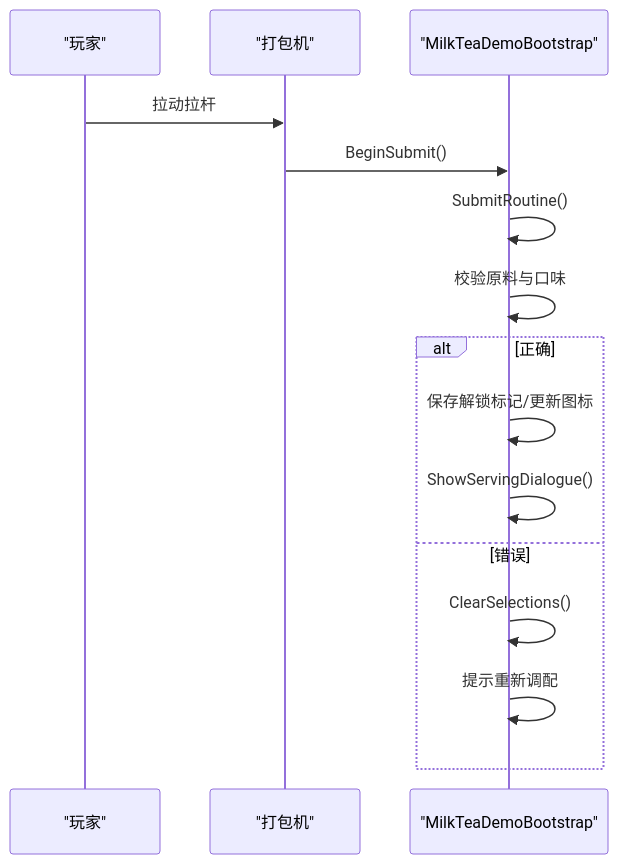
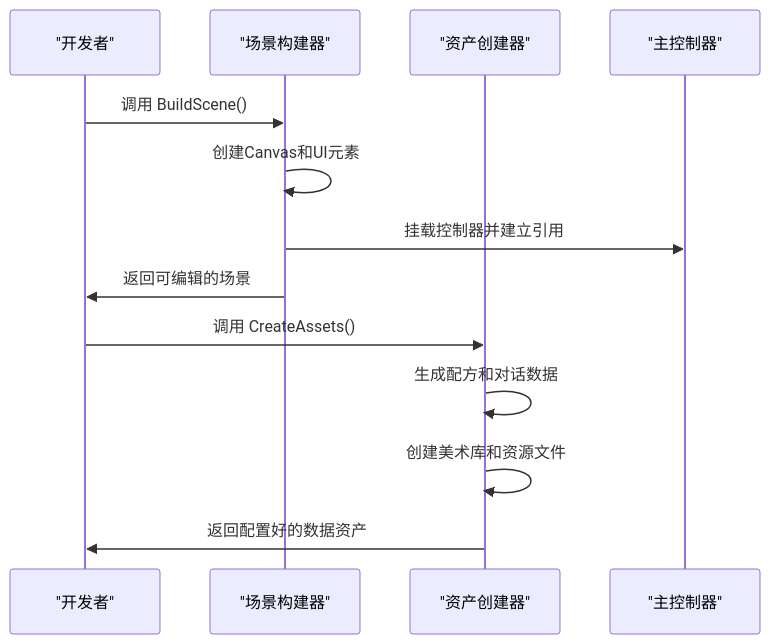
Before and after one commit to Thanatos42/-demo: the fifth of 6 diagrams in .qoder/repowiki/zh/content/项目概述.md, drawn with Mermaid. The commit also changed other lines of this file and 16 other files, not shown here.

````diff
--- a/.qoder/repowiki/zh/content/项目概述.md
+++ b/.qoder/repowiki/zh/content/项目概述.md
@@ -194,17 +229,15 @@
 ```mermaid
 sequenceDiagram
-participant Player as "玩家"
-participant Machine as "打包机"
-participant Bootstrap as "MilkTeaDemoBootstrap"
-Player->>Machine : 拉动拉杆
-Machine->>Bootstrap : BeginSubmit()
-Bootstrap->>Bootstrap : SubmitRoutine()
-Bootstrap->>Bootstrap : 校验原料与口味
-alt 正确
-Bootstrap->>Bootstrap : 保存解锁标记/更新图标
-Bootstrap->>Bootstrap : ShowServingDialogue()
-else 错误
-Bootstrap->>Bootstrap : ClearSelections()
-Bootstrap->>Bootstrap : 提示重新调配
-end
+participant Dev as "开发者"
+participant SceneBuilder as "场景构建器"
+participant AssetCreator as "资产创建器"
+participant Controller as "主控制器"
+Dev->>SceneBuilder : 调用 BuildScene()
+SceneBuilder->>SceneBuilder : 创建Canvas和UI元素
+SceneBuilder->>Controller : 挂载控制器并建立引用
+SceneBuilder->>Dev : 返回可编辑的场景
+Dev->>AssetCreator : 调用 CreateAssets()
+AssetCreator->>AssetCreator : 生成配方和对话数据
+AssetCreator->>AssetCreator : 创建美术库和资源文件
+AssetCreator->>Dev : 返回配置好的数据资产
 ```
````
